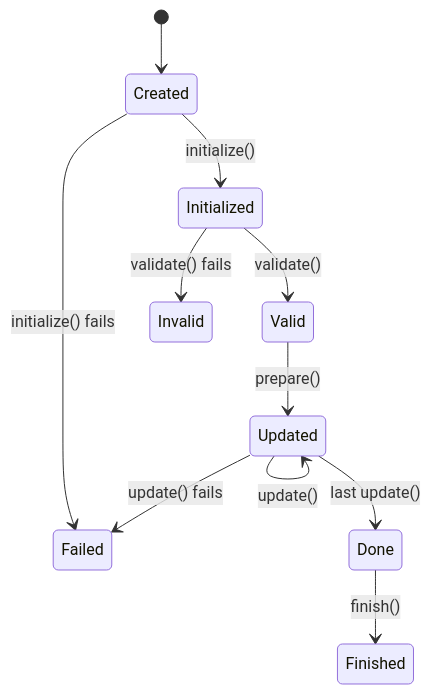
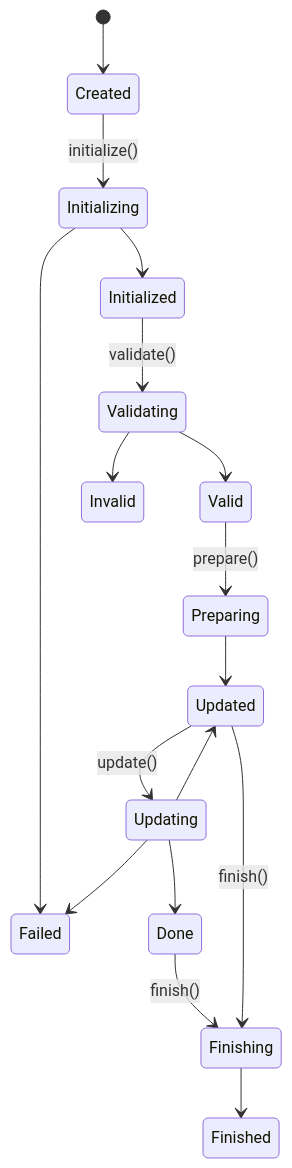
The second of 3 diagrams in docs/pages/concepts.md (HydroCouple/HydroCoupleComponents), drawn with Mermaid before and after one commit. The commit also changed other lines of this file and 43 other files, not shown here.

```diff
--- a/docs/pages/concepts.md
+++ b/docs/pages/concepts.md
@@ -69,13 +109,19 @@
 <pre class="mermaid">
 stateDiagram-v2
     [*] --> Created
-    Created --> Initialized: initialize()
-    Created --> Failed: initialize() fails
-    Initialized --> Valid: validate()
-    Initialized --> Invalid: validate() fails
-    Valid --> Updated: prepare()
-    Updated --> Updated: update()
-    Updated --> Done: last update()
-    Updated --> Failed: update() fails
-    Done --> Finished: finish()
+    Created --> Initializing: initialize()
+    Initializing --> Initialized
+    Initializing --> Failed
+    Initialized --> Validating: validate()
+    Validating --> Valid
+    Validating --> Invalid
+    Valid --> Preparing: prepare()
+    Preparing --> Updated
+    Updated --> Updating: update()
+    Updating --> Updated
+    Updating --> Done
+    Updating --> Failed
+    Done --> Finishing: finish()
+    Updated --> Finishing: finish()
+    Finishing --> Finished
 </pre>
```
